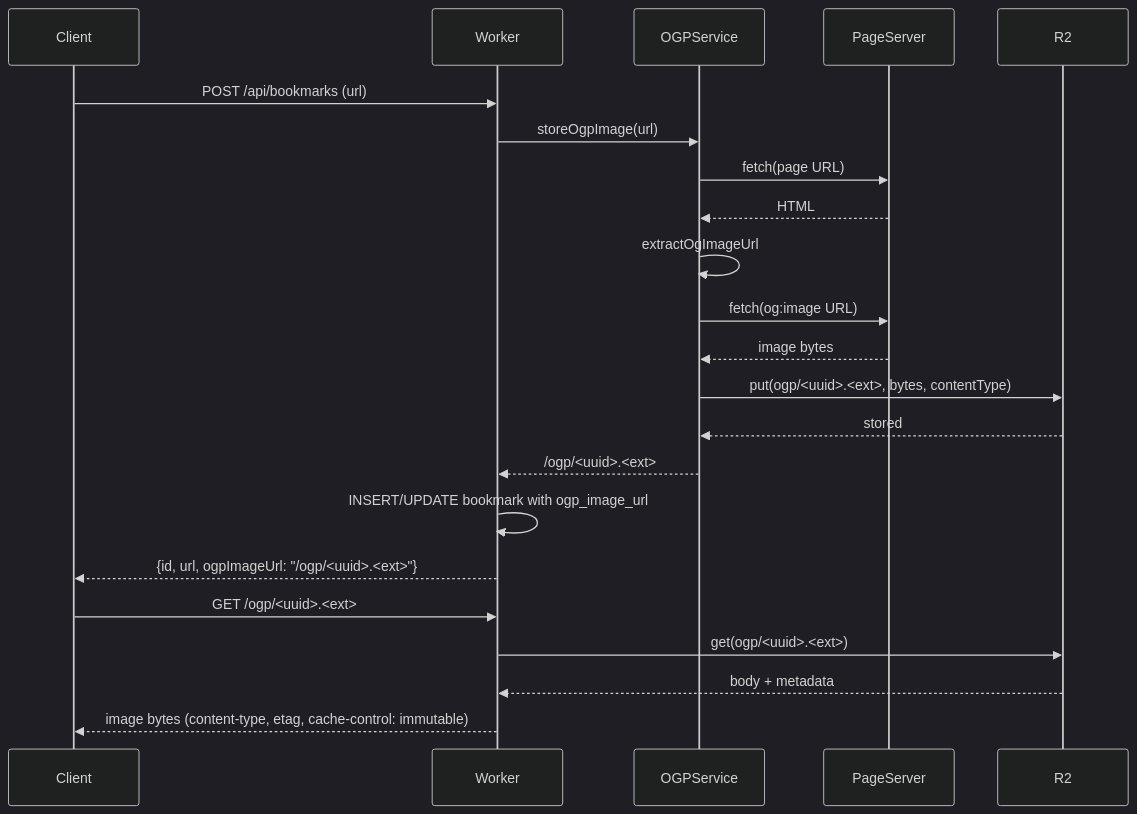
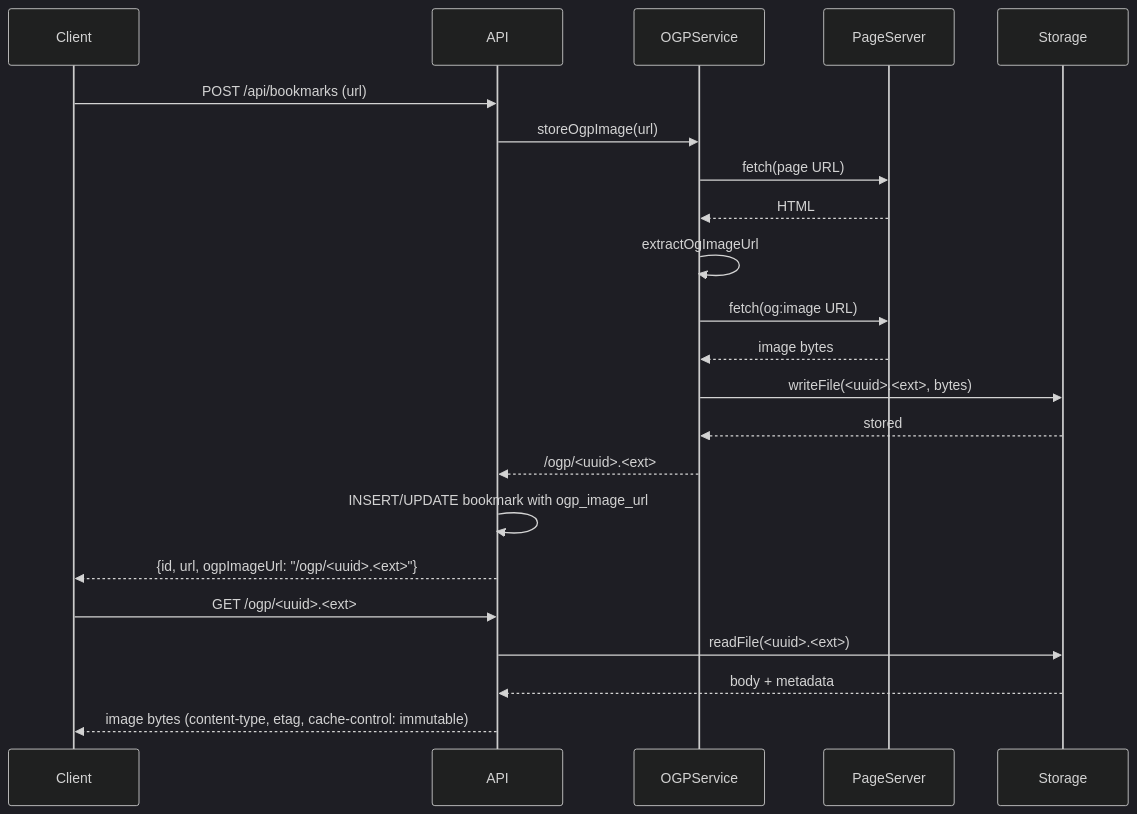
One commit to goofmint/cr-learning changed the diagram in i18n/en/docusaurus-plugin-content-docs/current/09-experience-coderabbit-review.mdx. Above: the diagram before and after it, drawn with Mermaid (dark theme). The commit also changed other lines of this file and 16 other files, not shown here.

````diff
--- a/i18n/en/docusaurus-plugin-content-docs/current/09-experience-coderabbit-review.mdx
+++ b/i18n/en/docusaurus-plugin-content-docs/current/09-experience-coderabbit-review.mdx
@@ -69,26 +69,26 @@
 ```mermaid
 sequenceDiagram
   participant Client
-  participant Worker
+  participant API
   participant OGPService
   participant PageServer
-  participant R2
+  participant Storage
 
-  Client->>Worker: POST /api/bookmarks (url)
-  Worker->>OGPService: storeOgpImage(url)
+  Client->>API: POST /api/bookmarks (url)
+  API->>OGPService: storeOgpImage(url)
   OGPService->>PageServer: fetch(page URL)
   PageServer-->>OGPService: HTML
   OGPService->>OGPService: extractOgImageUrl
   OGPService->>PageServer: fetch(og:image URL)
   PageServer-->>OGPService: image bytes
-  OGPService->>R2: put(ogp/<uuid>.<ext>, bytes, contentType)
-  R2-->>OGPService: stored
-  OGPService-->>Worker: /ogp/<uuid>.<ext>
-  Worker->>Worker: INSERT/UPDATE bookmark with ogp_image_url
-  Worker-->>Client: {id, url, ogpImageUrl: "/ogp/<uuid>.<ext>"}
+  OGPService->>Storage: writeFile(<uuid>.<ext>, bytes)
+  Storage-->>OGPService: stored
+  OGPService-->>API: /ogp/<uuid>.<ext>
+  API->>API: INSERT/UPDATE bookmark with ogp_image_url
+  API-->>Client: {id, url, ogpImageUrl: "/ogp/<uuid>.<ext>"}
 
-  Client->>Worker: GET /ogp/<uuid>.<ext>
-  Worker->>R2: get(ogp/<uuid>.<ext>)
-  R2-->>Worker: body + metadata
-  Worker-->>Client: image bytes (content-type, etag, cache-control: immutable)
+  Client->>API: GET /ogp/<uuid>.<ext>
+  API->>Storage: readFile(<uuid>.<ext>)
+  Storage-->>API: body + metadata
+  API-->>Client: image bytes (content-type, etag, cache-control: immutable)
 ```
````
